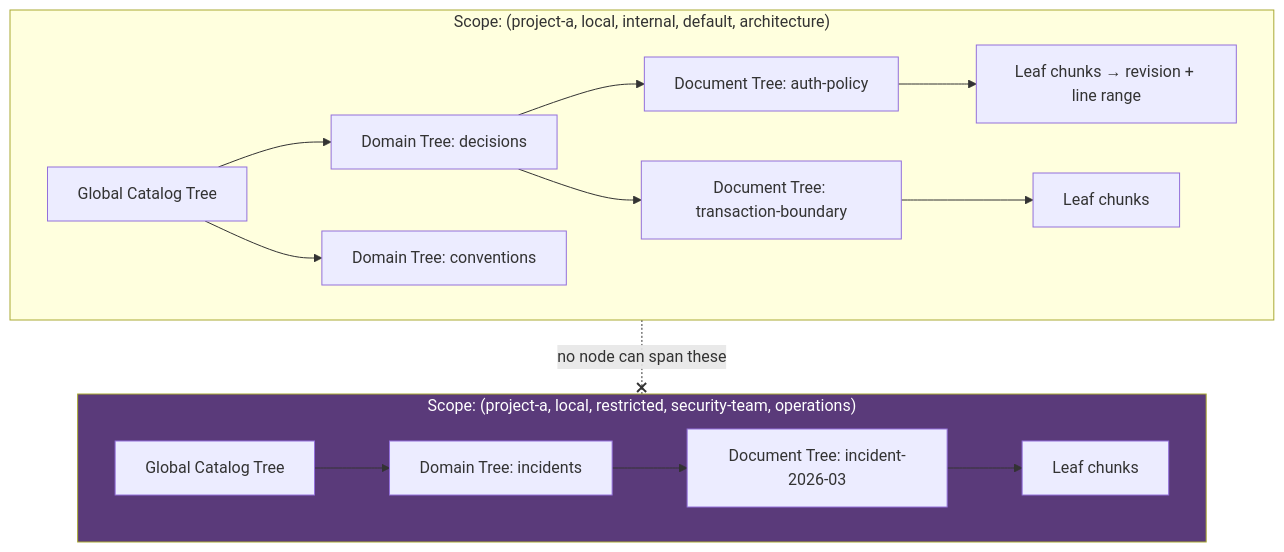
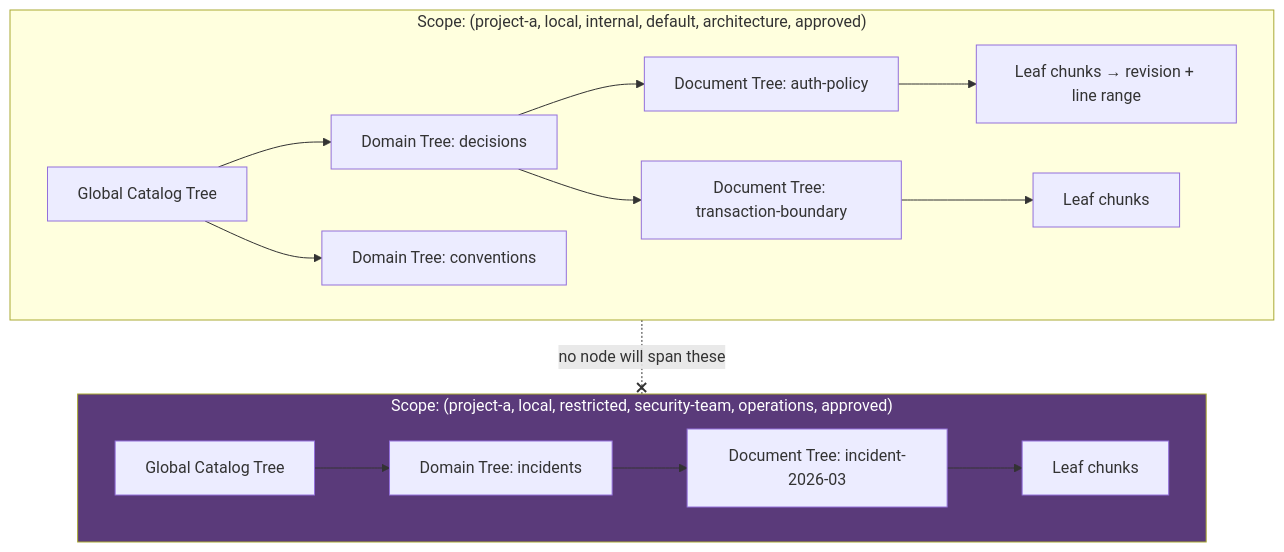
The first of 3 diagrams in docs/architecture/raptor.md (theurian/theurian), drawn with Mermaid before and after one commit. The commit also changed other lines of this file and 1 other file, not shown here.

````diff
--- a/docs/architecture/raptor.md
+++ b/docs/architecture/raptor.md
@@ -30,23 +50,23 @@
 ```mermaid
 flowchart TB
-    subgraph Scope1["Scope: (project-a, local, internal, default, architecture)"]
+    subgraph Scope1["Scope: (project-a, local, internal, default, architecture, approved)"]
         GC1["Global Catalog Tree"]
         GC1 --> DT1["Domain Tree: decisions"]
         GC1 --> DT2["Domain Tree: conventions"]
         DT1 --> DOC1["Document Tree: auth-policy"]
         DT1 --> DOC2["Document Tree: transaction-boundary"]
         DOC1 --> L1["Leaf chunks → revision + line range"]
         DOC2 --> L2["Leaf chunks"]
     end
 
-    subgraph Scope2["Scope: (project-a, local, restricted, security-team, operations)"]
+    subgraph Scope2["Scope: (project-a, local, restricted, security-team, operations, approved)"]
         GC2["Global Catalog Tree"]
         GC2 --> DT3["Domain Tree: incidents"]
         DT3 --> DOC3["Document Tree: incident-2026-03"]
         DOC3 --> L3["Leaf chunks"]
     end
 
-    Scope1 -. "no node can span these" .-x Scope2
+    Scope1 -. "no node will span these" .-x Scope2
 
     style Scope2 fill:#5a3a7a,color:#fff
 ```
````
